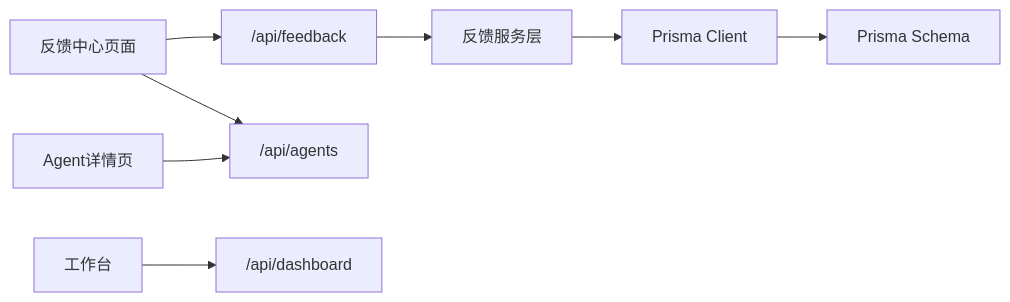
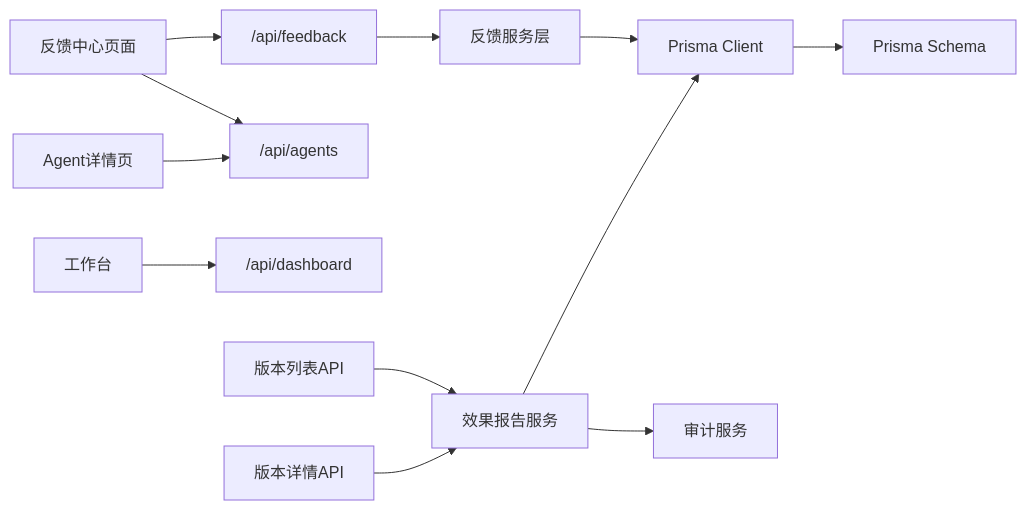
One commit to ai-guru-global/agent-up changed the seventh of 7 diagrams in .qoder/repowiki/zh/content/核心概念/反馈驱动改进循环.md. Above: the diagram before and after it, drawn with Mermaid. The commit also changed other lines of this file and 59 other files, not shown here.

````diff
--- a/.qoder/repowiki/zh/content/核心概念/反馈驱动改进循环.md
+++ b/.qoder/repowiki/zh/content/核心概念/反馈驱动改进循环.md
@@ -357,10 +478,14 @@
 ```mermaid
 graph LR
 FE_FB["反馈中心页面"] --> API_FB["/api/feedback"]
 FE_FB --> API_AGENTS["/api/agents"]
 FE_AGENT["Agent详情页"] --> API_AGENTS
 FE_DASH["工作台"] --> API_DASH["/api/dashboard"]
 API_FB --> SVC_FB["反馈服务层"]
+API_VERSIONS["版本列表API"] --> SVC_EFFECT["效果报告服务"]
+API_VERSION_DETAIL["版本详情API"] --> SVC_EFFECT
 SVC_FB --> PRISMA["Prisma Client"]
+SVC_EFFECT --> SVC_AUDIT["审计服务"]
+SVC_EFFECT --> PRISMA
 PRISMA --> SCHEMA["Prisma Schema"]
 ```
````
